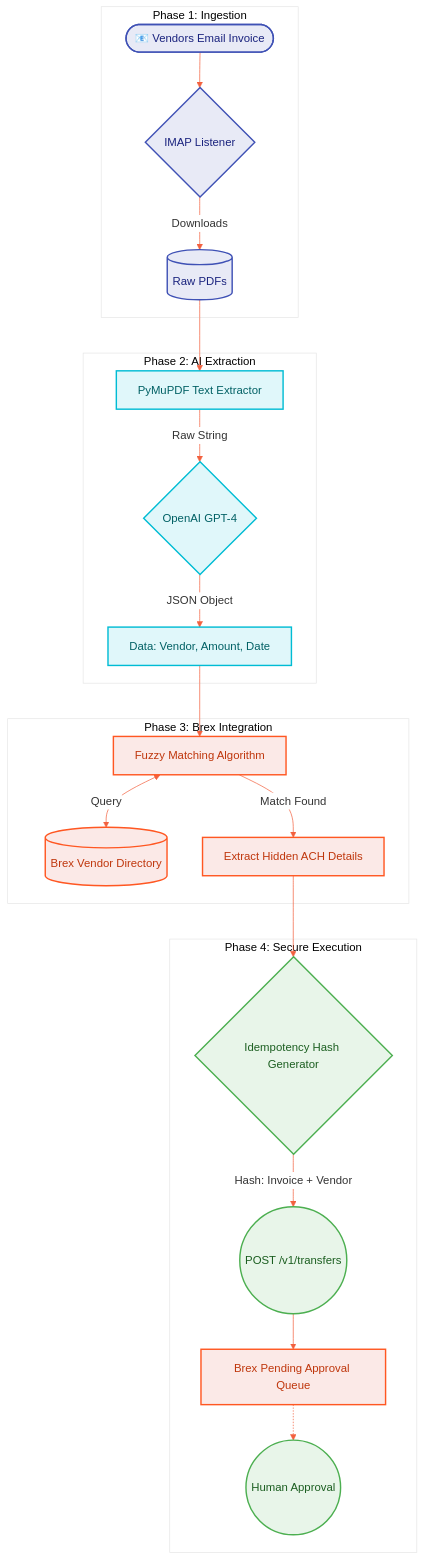
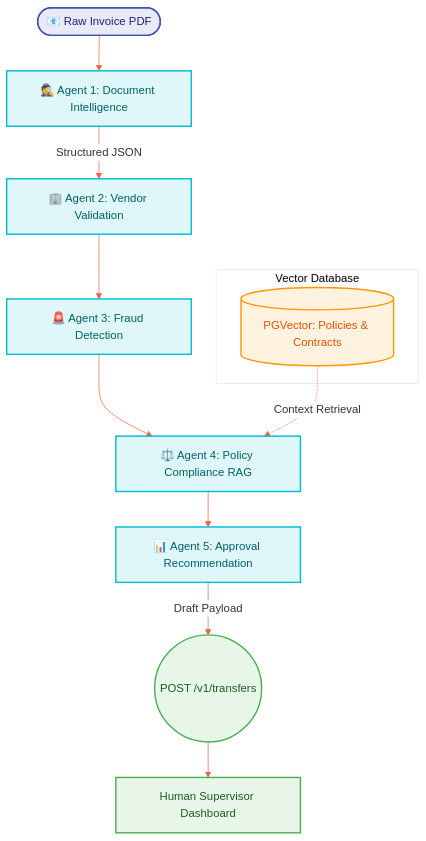
One commit to Vamshi868876/Brex-AutoPay-Pipeline changed the diagram in README.md. Above: the diagram before and after it, drawn with Mermaid. The commit also changed other lines of this file, not shown here.

Commit message:
Update README with FAANG-level Multi-Agent AI architecture and RAG features

````diff
--- a/README.md
+++ b/README.md
@@ -25,44 +28,24 @@
 ```mermaid
 %%{init: {'theme': 'base', 'themeVariables': { 'primaryColor': '#ffffff', 'primaryBorderColor': '#333333', 'lineColor': '#F2613F', 'fontFamily': 'Inter, sans-serif'}}}%%
 flowchart TD
-    %% Define Node Styles
-    classDef email fill:#E8EAF6,stroke:#3F51B5,stroke-width:2px,color:#1A237E
-    classDef ai fill:#E0F7FA,stroke:#00BCD4,stroke-width:2px,color:#006064
-    classDef brex fill:#FBE9E7,stroke:#FF5722,stroke-width:2px,color:#BF360C
-    classDef secure fill:#E8F5E9,stroke:#4CAF50,stroke-width:2px,color:#1B5E20
+    %% Node Styles
+    classDef input fill:#E8EAF6,stroke:#3F51B5,stroke-width:2px,color:#1A237E
+    classDef agent fill:#E0F7FA,stroke:#00BCD4,stroke-width:2px,color:#006064
+    classDef rag fill:#FFF3E0,stroke:#FF9800,stroke-width:2px,color:#E65100
+    classDef output fill:#E8F5E9,stroke:#4CAF50,stroke-width:2px,color:#1B5E20
     
-    subgraph Phase_1 [Phase 1: Ingestion]
-        A([📧 Vendors Email Invoice]):::email --> B{IMAP Listener}:::email
-        B -->|Downloads| C[(Raw PDFs)]:::email
+    A([📧 Raw Invoice PDF]):::input --> B[🕵️ Agent 1: Document Intelligence]:::agent
+    B -->|Structured JSON| C[🏢 Agent 2: Vendor Validation]:::agent
+    C --> D[🚨 Agent 3: Fraud Detection]:::agent
+    
+    subgraph Vector Database
+        DB[(PGVector: Policies & Contracts)]:::rag
     end
-
-    subgraph Phase_2 [Phase 2: AI Extraction]
-        D[PyMuPDF Text Extractor]:::ai
-        E{OpenAI GPT-4}:::ai
-        F[Data: Vendor, Amount, Date]:::ai
-        D -->|Raw String| E
-        E -->|JSON Object| F
-    end
-
-    subgraph Phase_3 [Phase 3: Brex Integration]
-        G[Fuzzy Matching Algorithm]:::brex
-        H[(Brex Vendor Directory)]:::brex
-        I[Extract Hidden ACH Details]:::brex
-        G <-->|Query| H
-        G -->|Match Found| I
-    end
-
-    subgraph Phase_4 [Phase 4: Secure Execution]
-        J{Idempotency Hash Generator}:::secure
-        K((POST /v1/transfers)):::secure
-        L[Brex Pending Approval Queue]:::brex
-        M((Human Approval)):::secure
-        J -->|Hash: Invoice + Vendor| K
-        K --> L
-        L -.-> M
-    end
-
-    C --> D
-    F --> G
-    I --> J
+    
+    D --> E[⚖️ Agent 4: Policy Compliance RAG]:::agent
+    DB -.->|Context Retrieval| E
+    
+    E --> F[📊 Agent 5: Approval Recommendation]:::agent
+    F -->|Draft Payload| G((POST /v1/transfers)):::output
+    G --> H[Human Supervisor Dashboard]:::output
 ```
````
